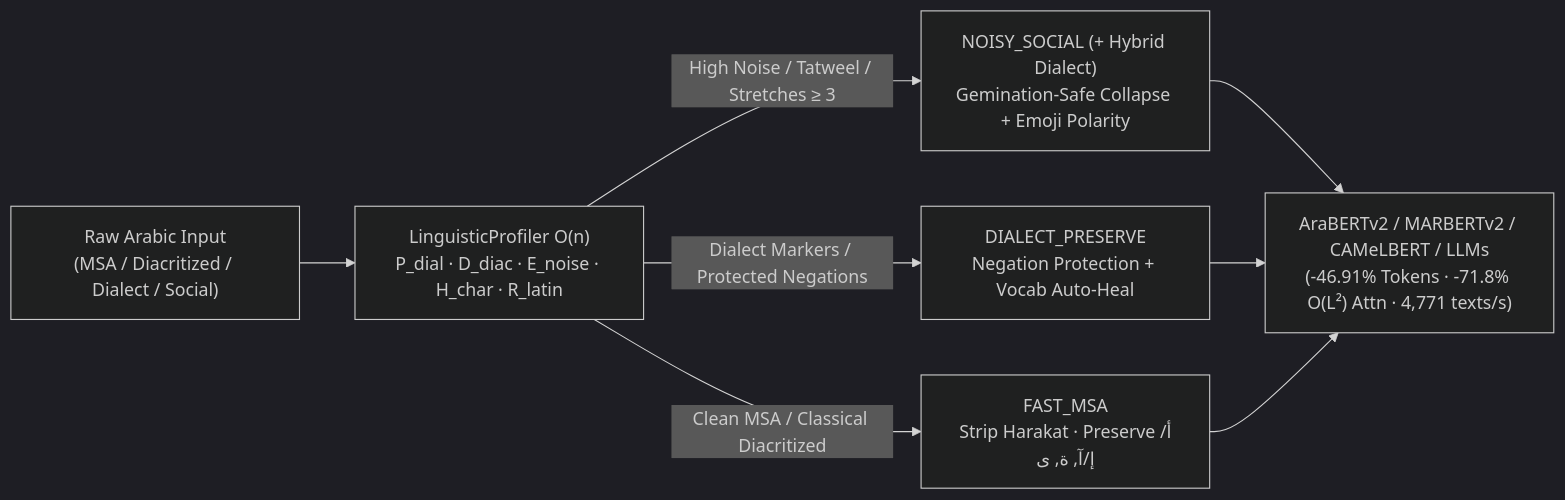
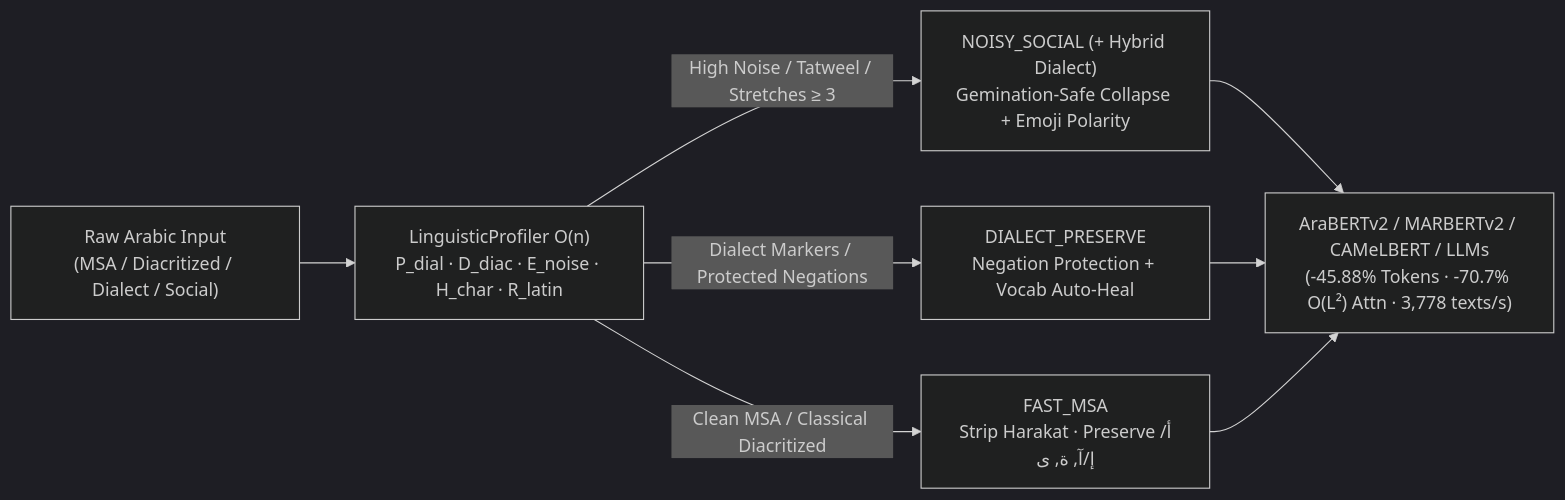
The diagram in README.md (RealMtrx/misar), drawn with Mermaid (dark theme) before and after one commit. The commit also changed other lines of this file and 8 other files, not shown here.

````diff
--- a/README.md
+++ b/README.md
@@ -55,10 +55,10 @@
 ```mermaid
 flowchart LR
     A["Raw Arabic Input<br/>(MSA / Diacritized / Dialect / Social)"] --> B["LinguisticProfiler O(n)<br/>P_dial · D_diac · E_noise · H_char · R_latin"]
     B -->|"High Noise / Tatweel / Stretches ≥ 3"| C["NOISY_SOCIAL (+ Hybrid Dialect)<br/>Gemination-Safe Collapse + Emoji Polarity"]
     B -->|"Dialect Markers / Protected Negations"| D["DIALECT_PRESERVE<br/>Negation Protection + Vocab Auto-Heal"]
     B -->|"Clean MSA / Classical Diacritized"| E["FAST_MSA<br/>Strip Harakat · Preserve أ/إ/آ, ة, ى"]
-    C --> F["AraBERTv2 / MARBERTv2 / CAMeLBERT / LLMs<br/>(-46.91% Tokens · -71.8% O(L²) Attn · 4,771 texts/s)"]
+    C --> F["AraBERTv2 / MARBERTv2 / CAMeLBERT / LLMs<br/>(-45.88% Tokens · -70.7% O(L²) Attn · 3,778 texts/s)"]
     D --> F
     E --> F
 ```
````
